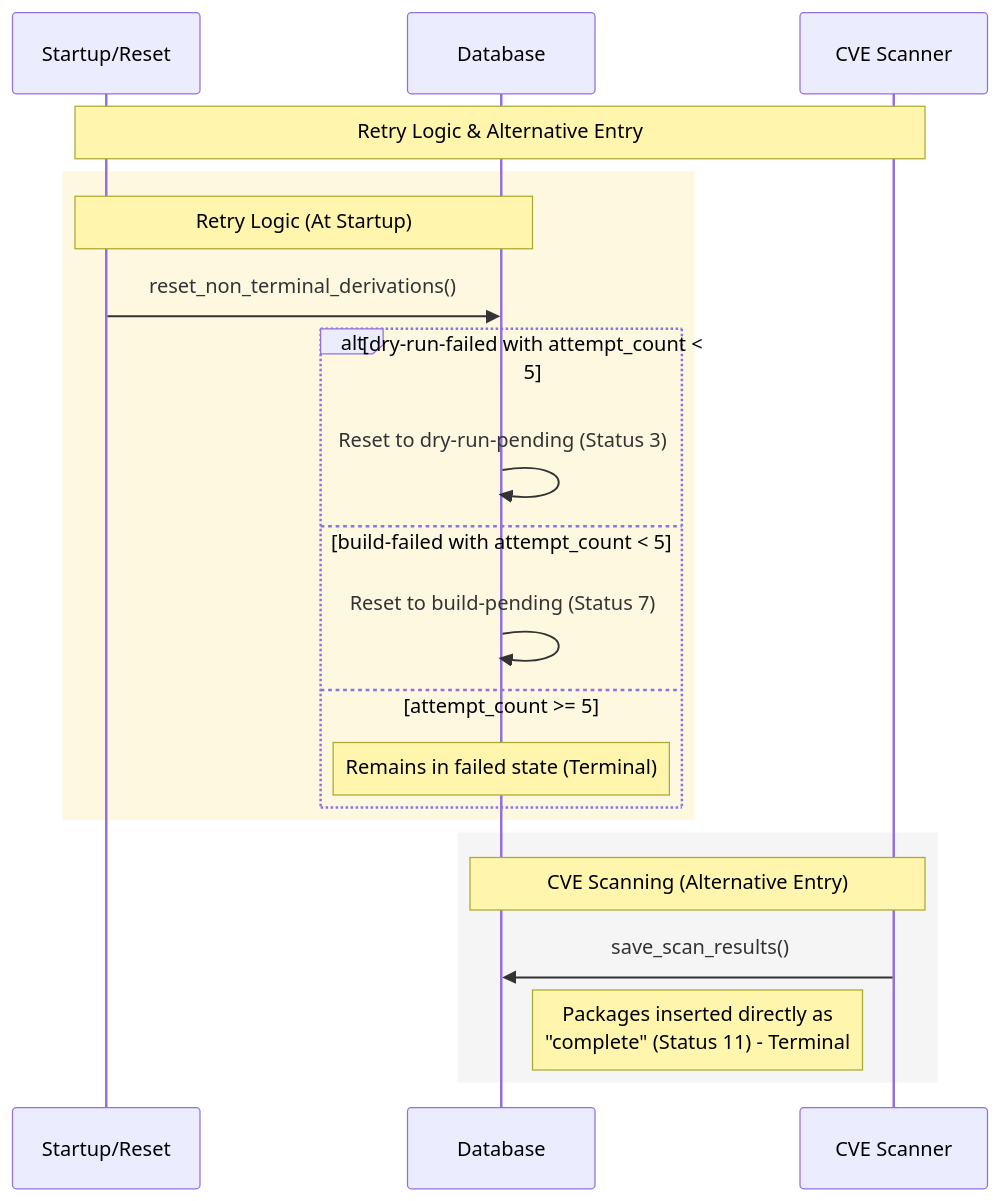
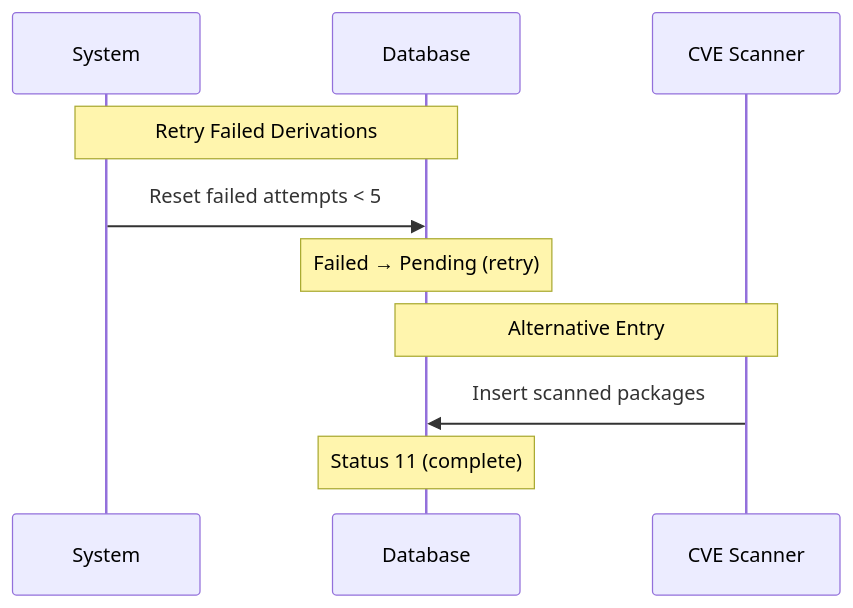
The fourth of 4 diagrams in docs/derivation-status.md (usmcamp0811/crystal-forge), drawn with Mermaid before and after one commit. The commit also changed other lines of this file, not shown here.

````diff
--- a/docs/derivation-status.md
+++ b/docs/derivation-status.md
@@ -92,27 +65,14 @@
 ```mermaid
 sequenceDiagram
-    participant S as Startup/Reset
+    participant System as System
     participant DB as Database
     participant CVE as CVE Scanner
 
-    Note over S, CVE: Retry Logic & Alternative Entry
+    Note over System, DB: Retry Failed Derivations
+    System->>DB: Reset failed attempts < 5
+    Note over DB: Failed → Pending (retry)
 
-    rect rgb(255, 248, 225)
-        Note over S, DB: Retry Logic (At Startup)
-        S->>DB: reset_non_terminal_derivations()
-
-        alt dry-run-failed with attempt_count < 5
-            DB->>DB: Reset to dry-run-pending (Status 3)
-        else build-failed with attempt_count < 5
-            DB->>DB: Reset to build-pending (Status 7)
-        else attempt_count >= 5
-            Note over DB: Remains in failed state (Terminal)
-        end
-    end
-
-    rect rgb(245, 245, 245)
-        Note over CVE, DB: CVE Scanning (Alternative Entry)
-        CVE->>DB: save_scan_results()
-        Note right of DB: Packages inserted directly as<br/>"complete" (Status 11) - Terminal
-    end
+    Note over CVE, DB: Alternative Entry
+    CVE->>DB: Insert scanned packages
+    Note over DB: Status 11 (complete)
 ```
````
